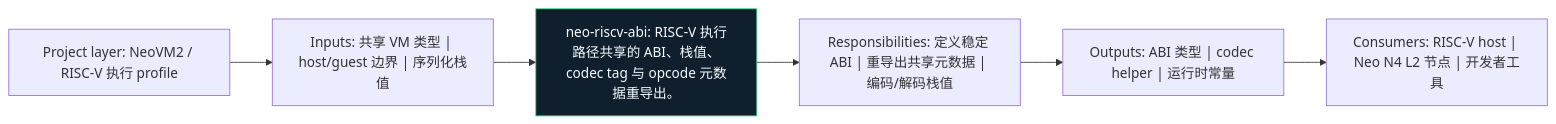
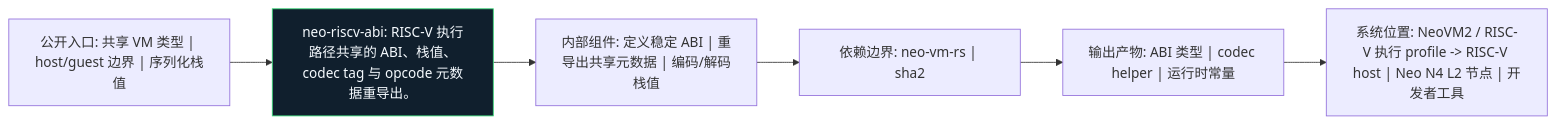
The diagram in crates/neo-riscv-abi/docs/figures/architecture.zh.mmd (r3e-network/neo-riscv-vm), drawn with Mermaid before and after one commit. The commit also changed 207 other files, not shown here.

```diff
--- a/crates/neo-riscv-abi/docs/figures/architecture.zh.mmd
+++ b/crates/neo-riscv-abi/docs/figures/architecture.zh.mmd
@@ -1,14 +1,14 @@
 flowchart LR
-    N1["Project layer: NeoVM2 / RISC-V 执行 profile"]
-    N2["Inputs: 共享 VM 类型 | host/guest 边界 | 序列化栈值"]
-    N3["neo-riscv-abi: RISC-V 执行路径共享的 ABI、栈值、codec tag 与 opcode 元数据重导出。"]
-    N4["Responsibilities: 定义稳定 ABI | 重导出共享元数据 | 编码/解码栈值"]
-    N5["Outputs: ABI 类型 | codec helper | 运行时常量"]
-    N6["Consumers: RISC-V host | Neo N4 L2 节点 | 开发者工具"]
+    N1["公开入口: 共享 VM 类型 | host/guest 边界 | 序列化栈值"]
+    N2["neo-riscv-abi: RISC-V 执行路径共享的 ABI、栈值、codec tag 与 opcode 元数据重导出。"]
+    N3["内部组件: 定义稳定 ABI | 重导出共享元数据 | 编码/解码栈值"]
+    N4["依赖边界: neo-vm-rs | sha2"]
+    N5["输出产物: ABI 类型 | codec helper | 运行时常量"]
+    N6["系统位置: NeoVM2 / RISC-V 执行 profile -> RISC-V host | Neo N4 L2 节点 | 开发者工具"]
     N1 --> N2
     N2 --> N3
     N3 --> N4
     N4 --> N5
     N5 --> N6
     classDef crate fill:#101f2d,stroke:#38d978,color:#f6fbff
-    class N3 crate
+    class N2 crate
```
